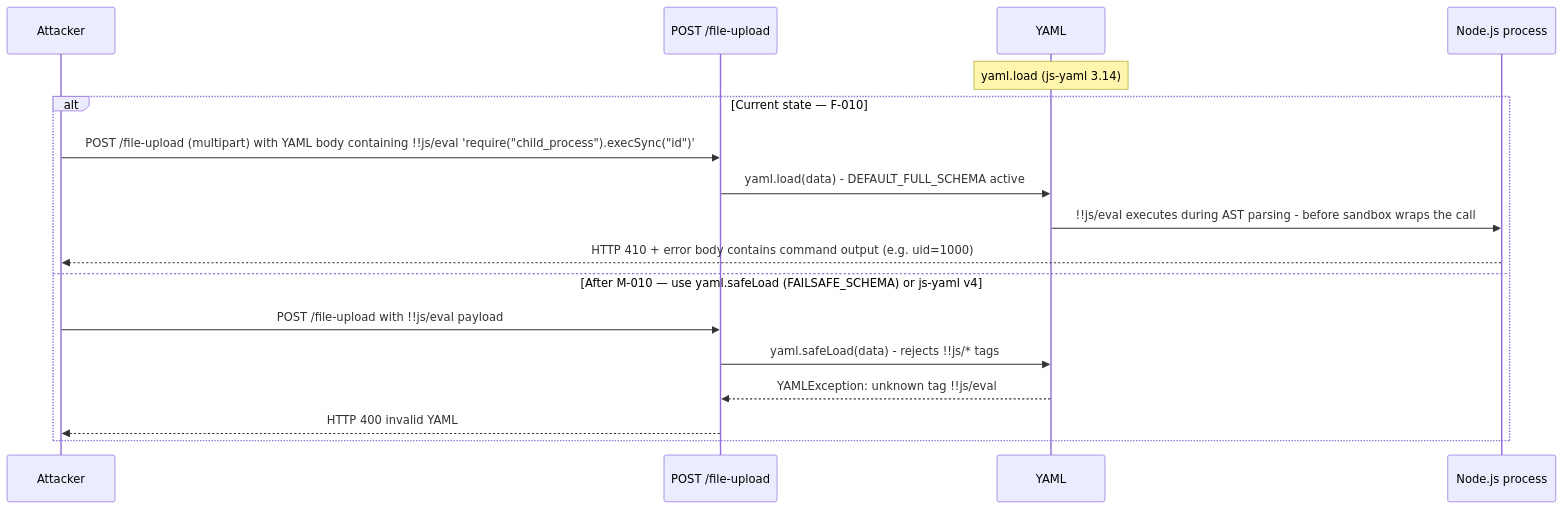
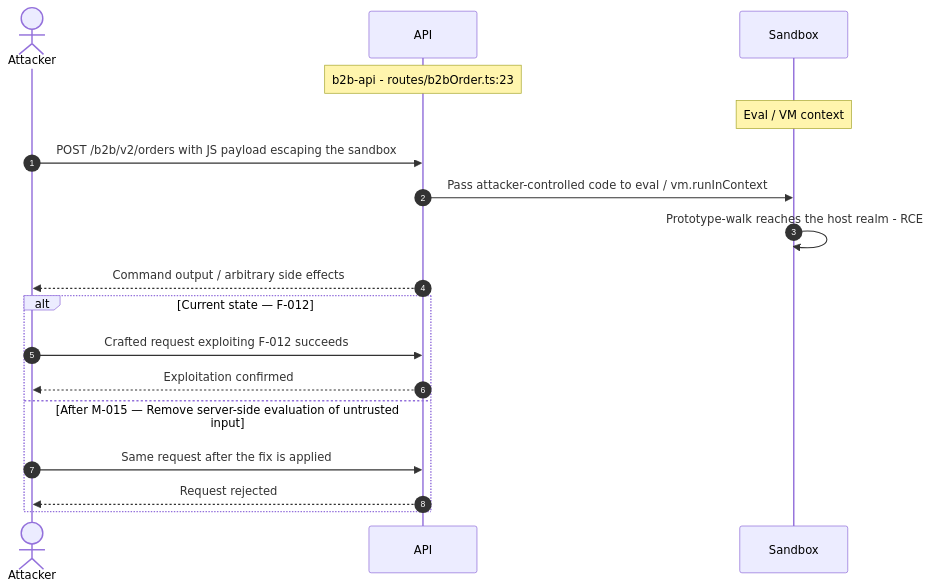
Before and after one commit to appsec-foundry/appsec-advisor: diagram 16 of 21 in examples/threat-modeler/threat-model-juice-shop-standard.md, drawn with Mermaid. The commit also changed other lines of this file and 2 other files, not shown here.

````diff
--- a/examples/threat-modeler/threat-model-juice-shop-standard.md
+++ b/examples/threat-modeler/threat-model-juice-shop-standard.md
@@ -912,20 +869,20 @@
 ```mermaid
 sequenceDiagram
-    participant A as Attacker
-    participant API as POST /file-upload
-    participant YAML
-    Note over YAML: yaml.load (js-yaml 3.14)
-    participant OS as Node.js process
-
-    alt Current state — F-010
-        A->>API: POST /file-upload (multipart) with YAML body containing !!js/eval 'require("child_process").execSync("id")'
-        API->>YAML: yaml.load(data) - DEFAULT_FULL_SCHEMA active
-        YAML->>OS: !!js/eval executes during AST parsing - before sandbox wraps the call
-        OS-->>A: HTTP 410 + error body contains command output (e.g. uid=1000)
-    else After M-010 — use yaml.safeLoad (FAILSAFE_SCHEMA) or js-yaml v4
-        A->>API: POST /file-upload with !!js/eval payload
-        API->>YAML: yaml.safeLoad(data) - rejects !!js/* tags
-        YAML-->>API: YAMLException: unknown tag !!js/eval
-        API-->>A: HTTP 400 invalid YAML
+    autonumber
+    actor Attacker
+    participant API
+    participant Sandbox
+    Note over API: b2b-api - routes/b2bOrder.ts:23
+    Note over Sandbox: Eval / VM context
+    Attacker->>API: POST /b2b/v2/orders with JS payload escaping the sandbox
+    API->>Sandbox: Pass attacker-controlled code to eval / vm.runInContext
+    Sandbox->>Sandbox: Prototype-walk reaches the host realm - RCE
+    API-->>Attacker: Command output / arbitrary side effects
+    alt Current state — F-012
+        Attacker->>API: Crafted request exploiting F-012 succeeds
+        API-->>Attacker: Exploitation confirmed
+    else After M-015 — Remove server-side evaluation of untrusted input
+        Attacker->>API: Same request after the fix is applied
+        API-->>Attacker: Request rejected
     end
 ```
````
